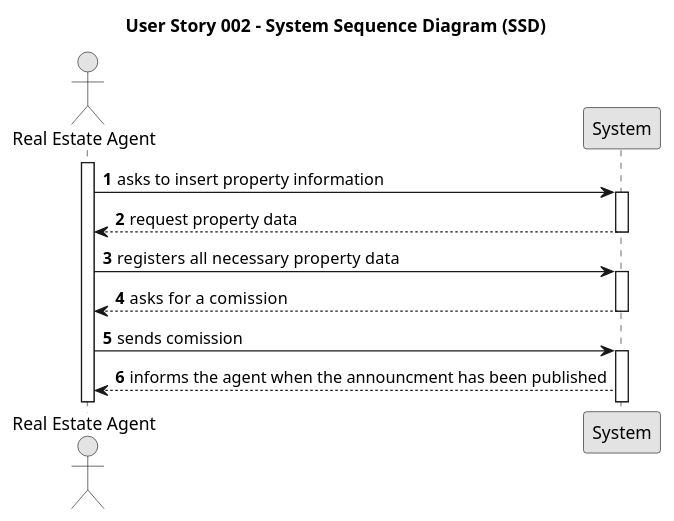
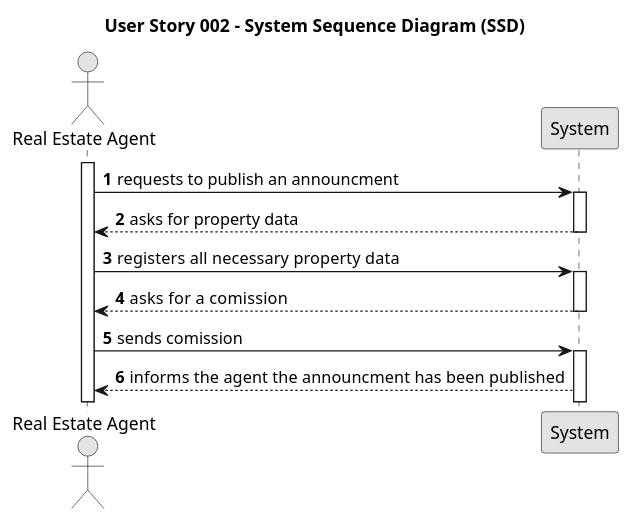
One commit to Rodrick0209/ISEP-LAPR2-22-23 changed the diagram in docs/Sprint-B/US002/01.requirements-engineering/puml/us002-system-sequence-diagram-alternative-one.puml. Above: the diagram before and after it, drawn with PlantUML. The commit also changed 10 other files, not shown here.

```diff
--- a/docs/Sprint-B/US002/01.requirements-engineering/puml/us002-system-sequence-diagram-alternative-one.puml
+++ b/docs/Sprint-B/US002/01.requirements-engineering/puml/us002-system-sequence-diagram-alternative-one.puml
@@ -1,50 +1,50 @@
 @startuml
 skinparam monochrome true
 skinparam packageStyle rectangle
 skinparam shadowing false
 
 title User Story 002 - System Sequence Diagram (SSD)
 
 
 autonumber
 
 
 
 actor "Real Estate Agent" as Agent
 participant "System" as System
 
 
 
 activate Agent
 
-Agent -> System :asks to insert property information
+Agent -> System : requests to publish an announcment
 
 activate System
 
-    System --> Agent: request property data
+    System --> Agent: asks for property data
     deactivate System
 
 
     Agent -> System :registers  all necessary property data
 
     activate System
 
     System--> Agent:asks for a  comission
      deactivate System
    Agent-> System:sends comission
 
    activate System
-System --> Agent : informs the agent when the announcment has been published
+System --> Agent : informs the agent the announcment  has been published
 
 
 
 
 
 
 
 
 
 
 
 
 @enduml
```
